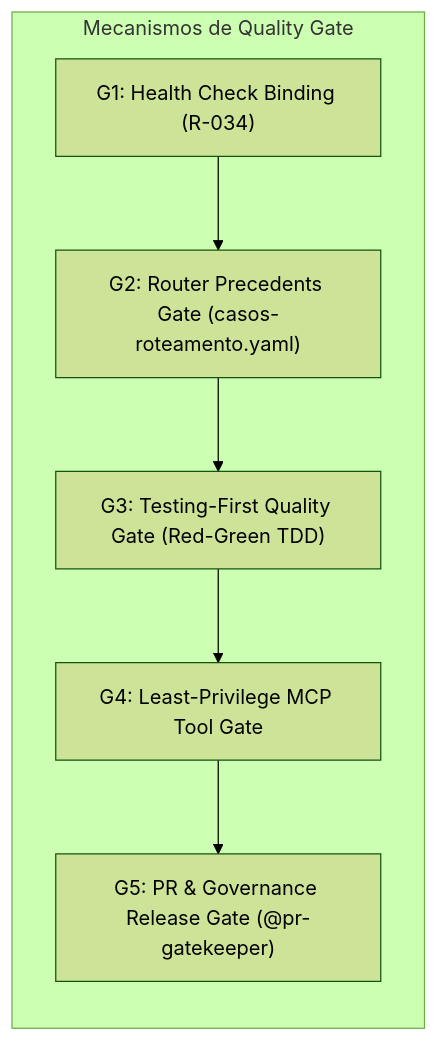
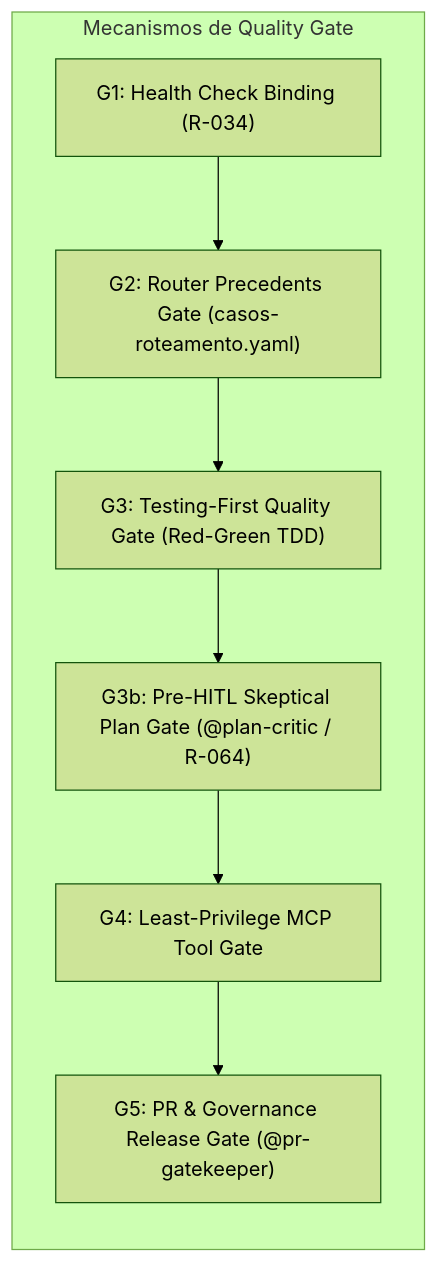
Before and after one commit to jezreel8858/deep-agents-copilot: the fifth of 5 diagrams in docs/architecture/ARCHITECTURE_AND_GOVERNANCE_GUIDE.md, drawn with Mermaid (forest theme). The commit also changed other lines of this file and 176 other files, not shown here.

````diff
--- a/docs/architecture/ARCHITECTURE_AND_GOVERNANCE_GUIDE.md
+++ b/docs/architecture/ARCHITECTURE_AND_GOVERNANCE_GUIDE.md
@@ -321,12 +324,13 @@
 ```mermaid
 graph LR
     subgraph Gates["Mecanismos de Quality Gate"]
         G1["G1: Health Check Binding (R-034)"]
         G2["G2: Router Precedents Gate (casos-roteamento.yaml)"]
         G3["G3: Testing-First Quality Gate (Red-Green TDD)"]
+        G3b["G3b: Pre-HITL Skeptical Plan Gate (@plan-critic / R-064)"]
         G4["G4: Least-Privilege MCP Tool Gate"]
         G5["G5: PR & Governance Release Gate (@pr-gatekeeper)"]
     end
 
-    G1 --> G2 --> G3 --> G4 --> G5
+    G1 --> G2 --> G3 --> G3b --> G4 --> G5
 ```
````
